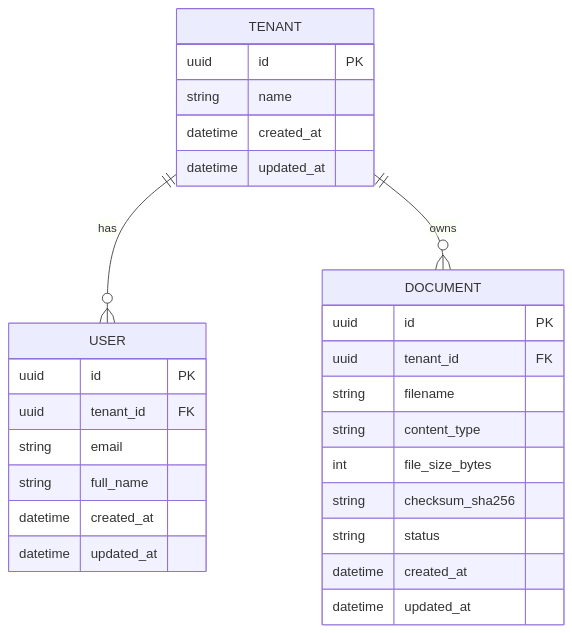
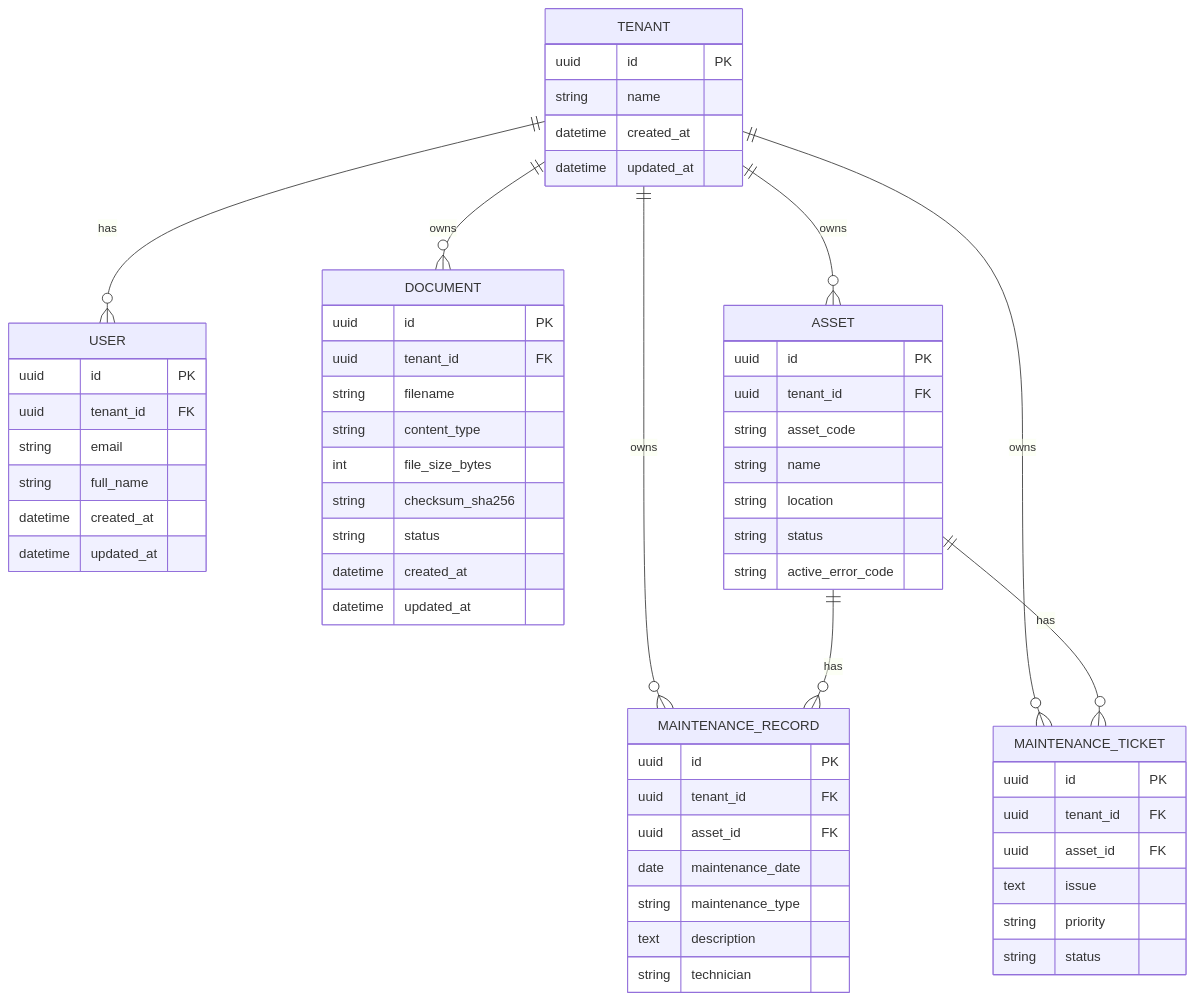
One commit to kkureli/enterprise-agentic-ai-platform changed the second of 4 diagrams in docs/architecture.md. Above: the diagram before and after it, drawn with Mermaid. The commit also changed other lines of this file and 36 other files, not shown here.

````diff
--- a/docs/architecture.md
+++ b/docs/architecture.md
@@ -259,33 +374,67 @@
 ```mermaid
 erDiagram
     TENANT ||--o{ USER : has
     TENANT ||--o{ DOCUMENT : owns
+    TENANT ||--o{ ASSET : owns
+    TENANT ||--o{ MAINTENANCE_RECORD : owns
+    TENANT ||--o{ MAINTENANCE_TICKET : owns
+    ASSET ||--o{ MAINTENANCE_RECORD : has
+    ASSET ||--o{ MAINTENANCE_TICKET : has
 
     TENANT {
         uuid id PK
         string name
         datetime created_at
         datetime updated_at
     }
 
     USER {
         uuid id PK
         uuid tenant_id FK
         string email
         string full_name
         datetime created_at
         datetime updated_at
     }
 
     DOCUMENT {
         uuid id PK
         uuid tenant_id FK
         string filename
         string content_type
         int file_size_bytes
         string checksum_sha256
         string status
         datetime created_at
         datetime updated_at
     }
+
+    ASSET {
+        uuid id PK
+        uuid tenant_id FK
+        string asset_code
+        string name
+        string location
+        string status
+        string active_error_code
+    }
+
+    MAINTENANCE_RECORD {
+        uuid id PK
+        uuid tenant_id FK
+        uuid asset_id FK
+        date maintenance_date
+        string maintenance_type
+        text description
+        string technician
+    }
+
+    MAINTENANCE_TICKET {
+        uuid id PK
+        uuid tenant_id FK
+        uuid asset_id FK
+        text issue
+        string priority
+        string status
+    }
 ```
````
